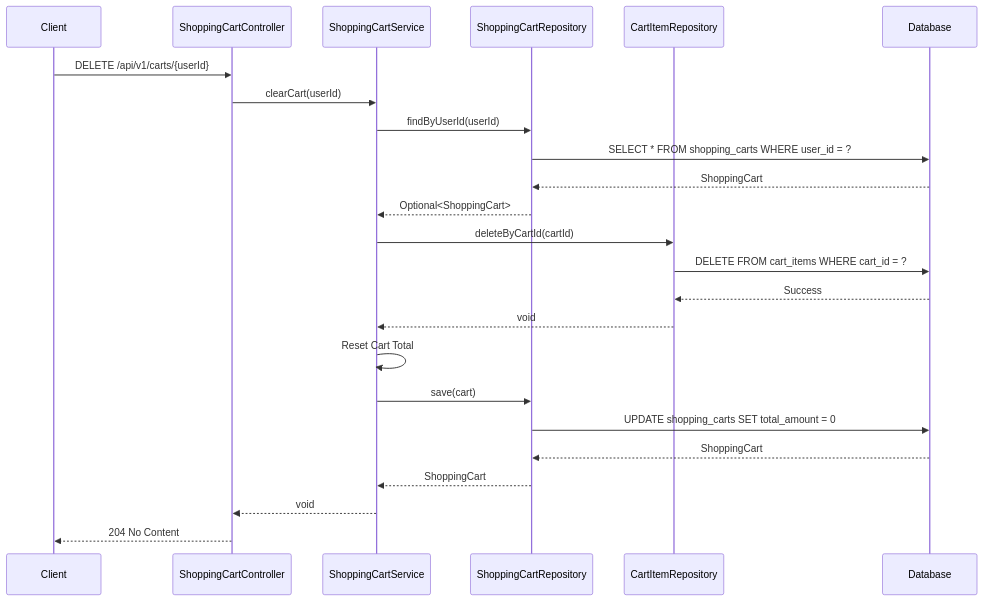
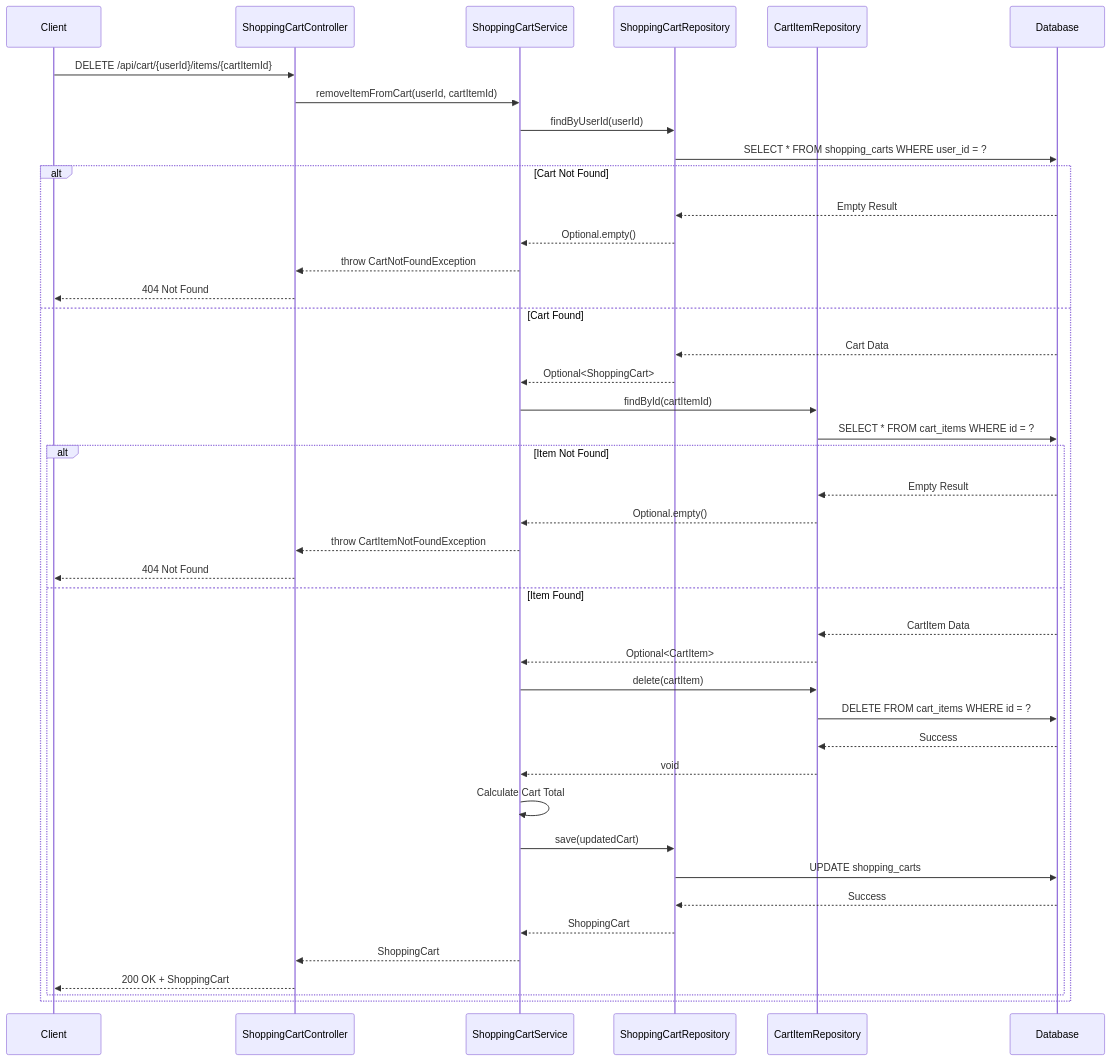
Before and after one commit to NavneetBN47/aava-ecom-demo: diagram 19 of 26 in docs/LLD/modified_lld.md, drawn with Mermaid. The commit also changed other lines of this file, not shown here.

````diff
--- a/docs/LLD/modified_lld.md
+++ b/docs/LLD/modified_lld.md
@@ -1206,27 +1729,51 @@
 ```mermaid
 sequenceDiagram
     participant Client
-    participant Controller as ShoppingCartController
-    participant CartService as ShoppingCartService
-    participant CartRepo as ShoppingCartRepository
-    participant ItemRepo as CartItemRepository
-    participant DB as Database
+    participant ShoppingCartController
+    participant ShoppingCartService
+    participant ShoppingCartRepository
+    participant CartItemRepository
+    participant Database
     
-    Client->>Controller: DELETE /api/v1/carts/{userId}
-    Controller->>CartService: clearCart(userId)
-    CartService->>CartRepo: findByUserId(userId)
-    CartRepo->>DB: SELECT * FROM shopping_carts WHERE user_id = ?
-    DB-->>CartRepo: ShoppingCart
-    CartRepo-->>CartService: Optional<ShoppingCart>
-    CartService->>ItemRepo: deleteByCartId(cartId)
-    ItemRepo->>DB: DELETE FROM cart_items WHERE cart_id = ?
-    DB-->>ItemRepo: Success
-    ItemRepo-->>CartService: void
-    CartService->>CartService: Reset Cart Total
-    CartService->>CartRepo: save(cart)
-    CartRepo->>DB: UPDATE shopping_carts SET total_amount = 0
-    DB-->>CartRepo: ShoppingCart
-    CartRepo-->>CartService: ShoppingCart
-    CartService-->>Controller: void
-    Controller-->>Client: 204 No Content
+    Client->>ShoppingCartController: DELETE /api/cart/{userId}/items/{cartItemId}
+    ShoppingCartController->>ShoppingCartService: removeItemFromCart(userId, cartItemId)
+    
+    ShoppingCartService->>ShoppingCartRepository: findByUserId(userId)
+    ShoppingCartRepository->>Database: SELECT * FROM shopping_carts WHERE user_id = ?
+    
+    alt Cart Not Found
+        Database-->>ShoppingCartRepository: Empty Result
+        ShoppingCartRepository-->>ShoppingCartService: Optional.empty()
+        ShoppingCartService-->>ShoppingCartController: throw CartNotFoundException
+        ShoppingCartController-->>Client: 404 Not Found
+    else Cart Found
+        Database-->>ShoppingCartRepository: Cart Data
+        ShoppingCartRepository-->>ShoppingCartService: Optional<ShoppingCart>
+        
+        ShoppingCartService->>CartItemRepository: findById(cartItemId)
+        CartItemRepository->>Database: SELECT * FROM cart_items WHERE id = ?
+        
+        alt Item Not Found
+            Database-->>CartItemRepository: Empty Result
+            CartItemRepository-->>ShoppingCartService: Optional.empty()
+            ShoppingCartService-->>ShoppingCartController: throw CartItemNotFoundException
+            ShoppingCartController-->>Client: 404 Not Found
+        else Item Found
+            Database-->>CartItemRepository: CartItem Data
+            CartItemRepository-->>ShoppingCartService: Optional<CartItem>
+            
+            ShoppingCartService->>CartItemRepository: delete(cartItem)
+            CartItemRepository->>Database: DELETE FROM cart_items WHERE id = ?
+            Database-->>CartItemRepository: Success
+            CartItemRepository-->>ShoppingCartService: void
+            
+            ShoppingCartService->>ShoppingCartService: Calculate Cart Total
+            ShoppingCartService->>ShoppingCartRepository: save(updatedCart)
+            ShoppingCartRepository->>Database: UPDATE shopping_carts
+            Database-->>ShoppingCartRepository: Success
+            ShoppingCartRepository-->>ShoppingCartService: ShoppingCart
+            ShoppingCartService-->>ShoppingCartController: ShoppingCart
+            ShoppingCartController-->>Client: 200 OK + ShoppingCart
+        end
+    end
 ```
````
